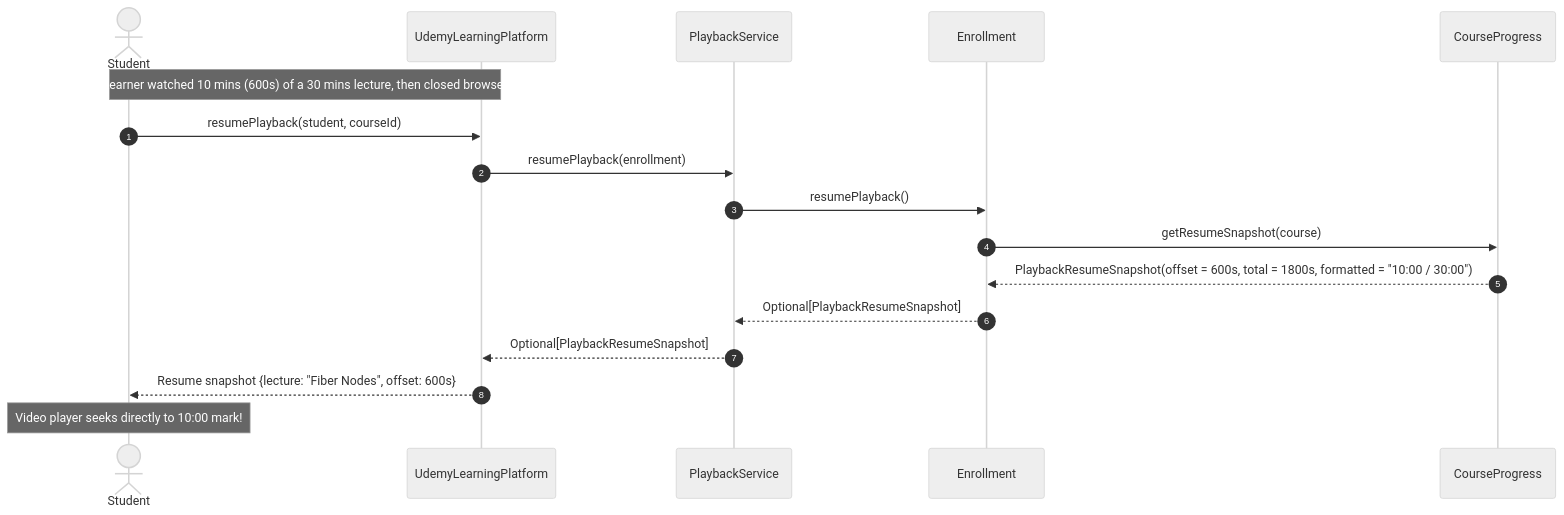
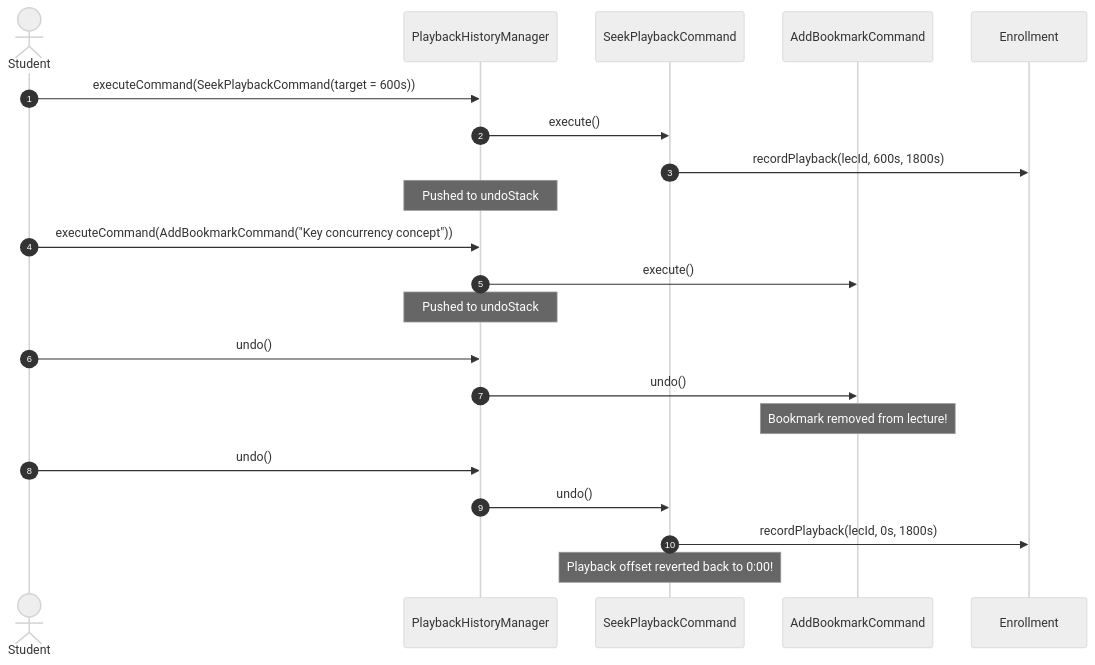
One commit to aniagra119/UdemyLLDDesign changed the third of 3 diagrams in UdemyDesign.md. Above: the diagram before and after it, drawn with Mermaid (neutral theme). The commit also changed other lines of this file and 2 other files, not shown here.

Commit message:
docs: update master architecture, class diagrams, notes, and README for 10 GoF patterns

````diff
--- a/UdemyDesign.md
+++ b/UdemyDesign.md
@@ -329,20 +429,27 @@
 ```mermaid
 sequenceDiagram
     autonumber
     actor Learner as Student
-    participant Platform as UdemyLearningPlatform
-    participant PlaybackSvc as PlaybackService
+    participant Manager as PlaybackHistoryManager
+    participant SeekCmd as SeekPlaybackCommand
+    participant BookmarkCmd as AddBookmarkCommand
     participant Enrollment as Enrollment
-    participant Progress as CourseProgress
 
-    Note over Learner, Platform: Learner watched 10 mins (600s) of a 30 mins lecture, then closed browser
-    Learner ->> Platform: resumePlayback(student, courseId)
-    Platform ->> PlaybackSvc: resumePlayback(enrollment)
-    PlaybackSvc ->> Enrollment: resumePlayback()
-    Enrollment ->> Progress: getResumeSnapshot(course)
-    Progress -->> Enrollment: PlaybackResumeSnapshot(offset = 600s, total = 1800s, formatted = "10:00 / 30:00")
-    Enrollment -->> PlaybackSvc: Optional[PlaybackResumeSnapshot]
-    PlaybackSvc -->> Platform: Optional[PlaybackResumeSnapshot]
-    Platform -->> Learner: Resume snapshot {lecture: "Fiber Nodes", offset: 600s}
-    Note over Learner: Video player seeks directly to 10:00 mark!
+    Learner ->> Manager: executeCommand(SeekPlaybackCommand(target = 600s))
+    Manager ->> SeekCmd: execute()
+    SeekCmd ->> Enrollment: recordPlayback(lecId, 600s, 1800s)
+    Note over Manager: Pushed to undoStack
+
+    Learner ->> Manager: executeCommand(AddBookmarkCommand("Key concurrency concept"))
+    Manager ->> BookmarkCmd: execute()
+    Note over Manager: Pushed to undoStack
+
+    Learner ->> Manager: undo()
+    Manager ->> BookmarkCmd: undo()
+    Note over BookmarkCmd: Bookmark removed from lecture!
+
+    Learner ->> Manager: undo()
+    Manager ->> SeekCmd: undo()
+    SeekCmd ->> Enrollment: recordPlayback(lecId, 0s, 1800s)
+    Note over SeekCmd: Playback offset reverted back to 0:00!
 ```
````
